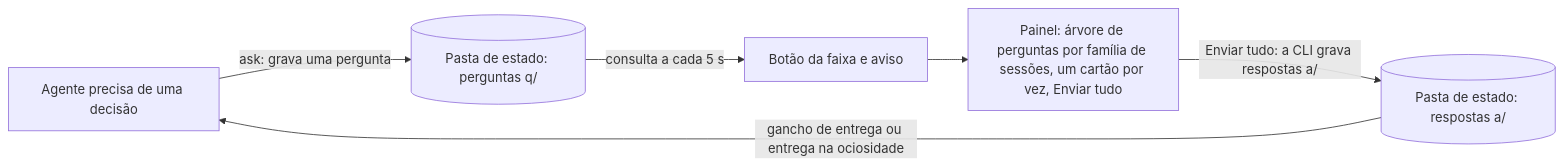
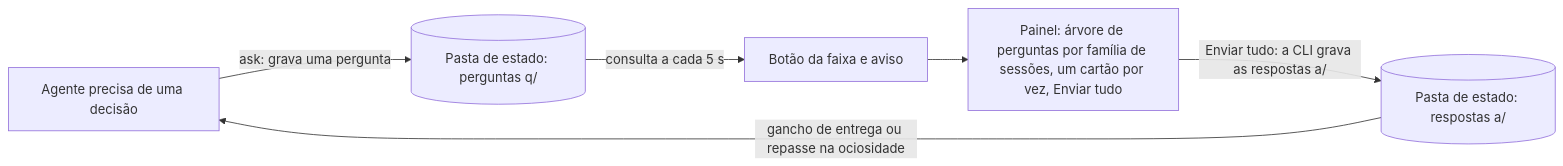
The first of 2 diagrams in README.pt-BR.md (KeepGlide/askaway), drawn with Mermaid before and after one commit. The commit also changed other lines of this file and 4 other files, not shown here.

````diff
--- a/README.pt-BR.md
+++ b/README.pt-BR.md
@@ -62,8 +128,8 @@
 ```mermaid
 flowchart LR
     agent["Agente precisa de uma decisão"] -->|"ask: grava uma pergunta"| folder[("Pasta de estado: perguntas q/")]
     folder -->|"consulta a cada 5 s"| band["Botão da faixa e aviso"]
     band --> panel["Painel: árvore de perguntas por família de sessões, um cartão por vez, Enviar tudo"]
-    panel -->|"Enviar tudo: a CLI grava respostas a/"| answers[("Pasta de estado: respostas a/")]
-    answers -->|"gancho de entrega ou entrega na ociosidade"| agent
+    panel -->|"Enviar tudo: a CLI grava as respostas a/"| answers[("Pasta de estado: respostas a/")]
+    answers -->|"gancho de entrega ou repasse na ociosidade"| agent
 ```
````
